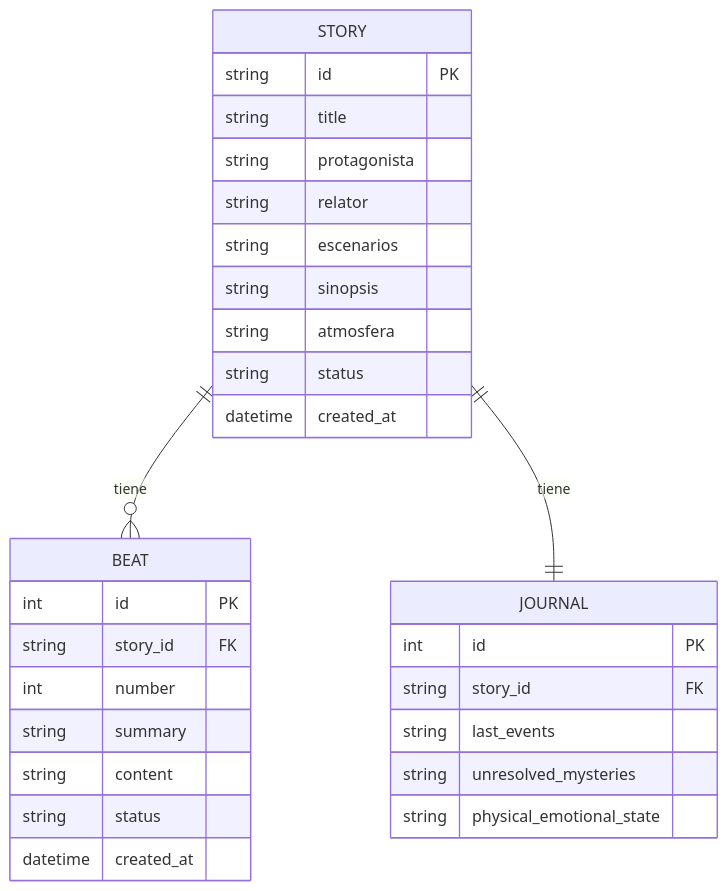
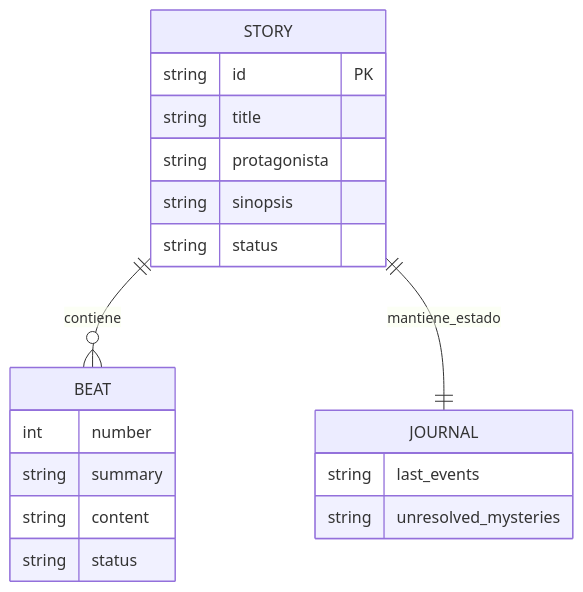
The third of 3 diagrams in README.md (rledesma912/automated_narrative), drawn with Mermaid before and after one commit. The commit also changed other lines of this file and 40 other files, not shown here.

````diff
--- a/README.md
+++ b/README.md
@@ -208,35 +115,25 @@
 ```mermaid
 erDiagram
-    STORY ||--o{ BEAT : tiene
-    STORY ||--|| JOURNAL : tiene
+    STORY ||--o{ BEAT : contiene
+    STORY ||--|| JOURNAL : mantiene_estado
 
     STORY {
         string id PK
         string title
         string protagonista
-        string relator
-        string escenarios
         string sinopsis
-        string atmosfera
         string status
-        datetime created_at
     }
 
     BEAT {
-        int id PK
-        string story_id FK
         int number
         string summary
         string content
         string status
-        datetime created_at
     }
 
     JOURNAL {
-        int id PK
-        string story_id FK
         string last_events
         string unresolved_mysteries
-        string physical_emotional_state
     }
 ```
````
